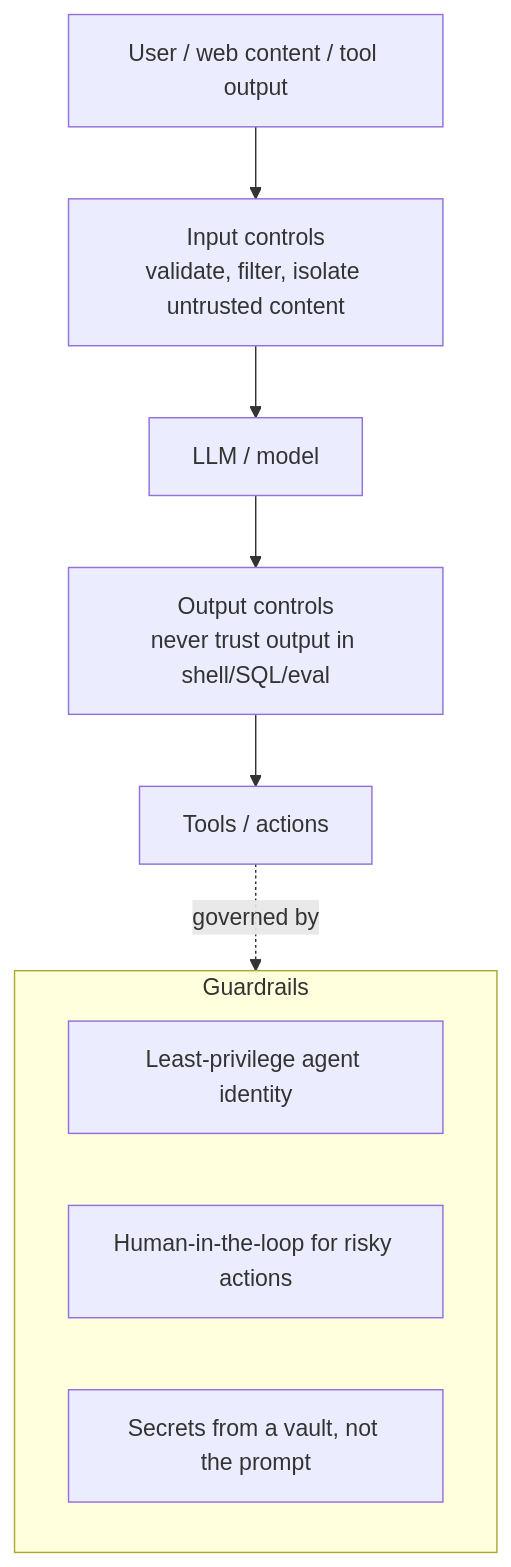
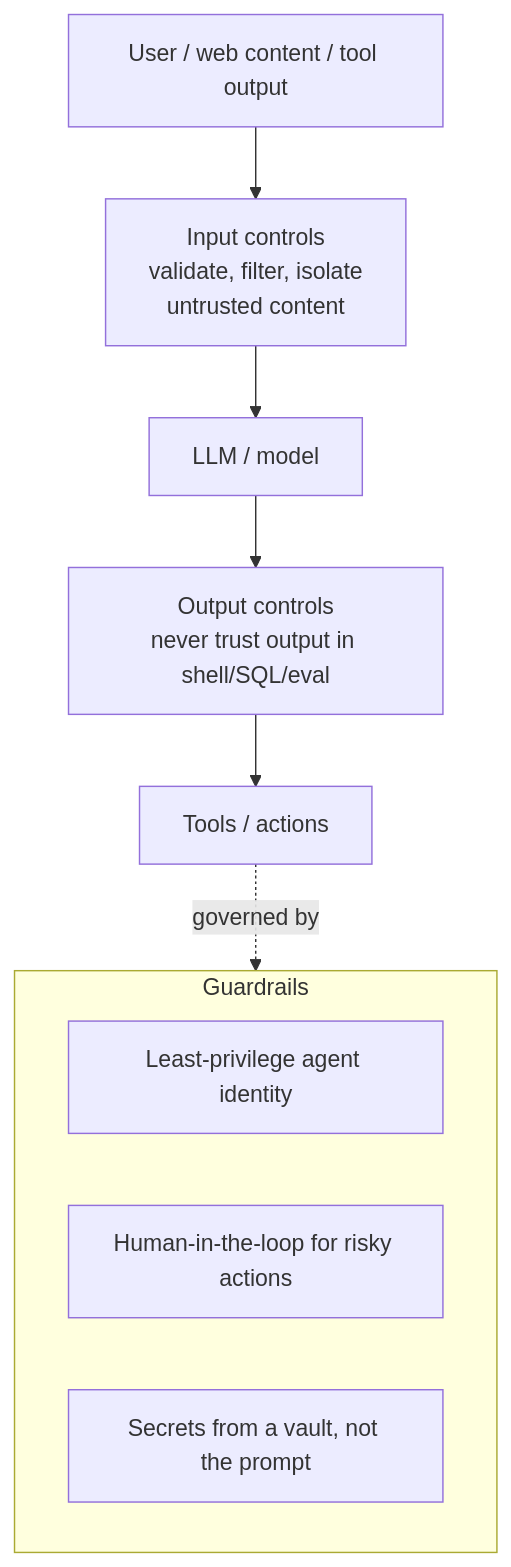
The second of 2 diagrams in certs/ceh/AI-IN-ETHICAL-HACKING.md (morandeirachema/CyberCerts), drawn with Mermaid before and after one commit. The commit also changed other lines of this file and 106 other files, not shown here.

````diff
--- a/certs/ceh/AI-IN-ETHICAL-HACKING.md
+++ b/certs/ceh/AI-IN-ETHICAL-HACKING.md
@@ -71,13 +71,13 @@
 ```mermaid
 flowchart TB
-    U["User / web content / tool output"] --> G["Input controls<br/>validate, filter, isolate untrusted content"]
+    U["User / web content / tool output"] --> G["Input controls<br/>validate, filter, isolate<br/>untrusted content"]
     G --> M["LLM / model"]
     M --> O["Output controls<br/>never trust output in shell/SQL/eval"]
     O --> T["Tools / actions"]
     subgraph guard["Guardrails"]
         LP["Least-privilege agent identity"]
         HITL["Human-in-the-loop for risky actions"]
         SEC["Secrets from a vault, not the prompt"]
     end
     T -.governed by.-> guard
 ```
````
